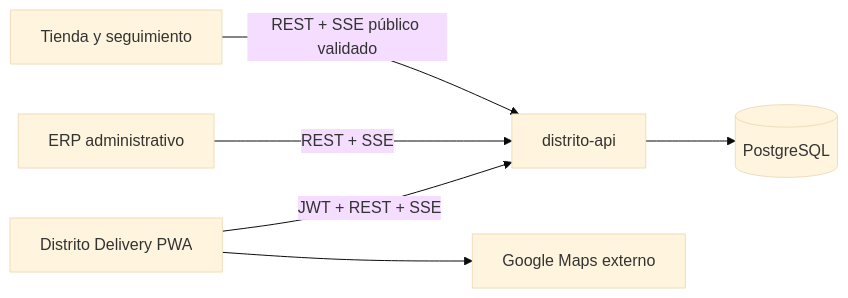
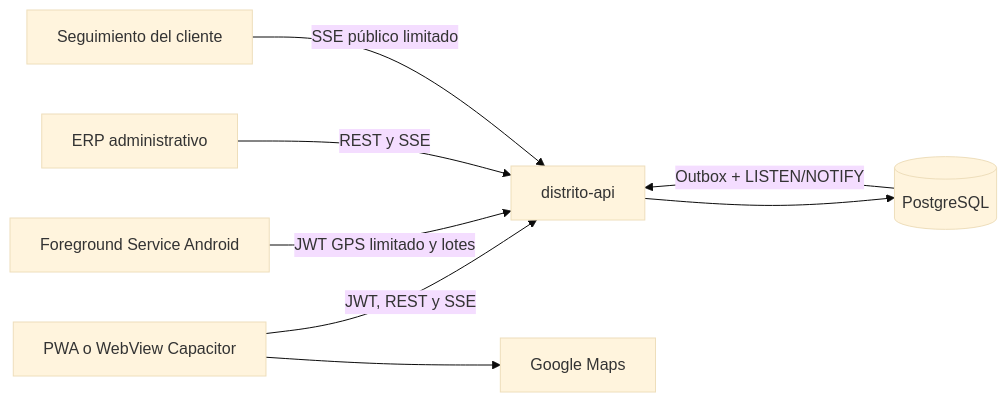
The diagram in README.md (caru01/distrito-delivery), drawn with Mermaid (base theme) before and after one commit. The commit also changed other lines of this file and 90 other files, not shown here.

````diff
--- a/README.md
+++ b/README.md
@@ -52,8 +33,10 @@
 ```mermaid
 flowchart LR
-  PWA["Distrito Delivery PWA"] -->|"JWT + REST + SSE"| API["distrito-api"]
-  ADM["ERP administrativo"] -->|"REST + SSE"| API
-  WEB["Tienda y seguimiento"] -->|"REST + SSE público validado"| API
+  PWA["PWA o WebView Capacitor"] -->|"JWT, REST y SSE"| API["distrito-api"]
+  ANDROID["Foreground Service Android"] -->|"JWT GPS limitado y lotes"| API
+  ADMIN["ERP administrativo"] -->|"REST y SSE"| API
+  CLIENTE["Seguimiento del cliente"] -->|"SSE público limitado"| API
   API --> DB[("PostgreSQL")]
-  PWA --> MAPS["Google Maps externo"]
+  DB -->|"Outbox + LISTEN/NOTIFY"| API
+  PWA --> MAPS["Google Maps"]
 ```
````
